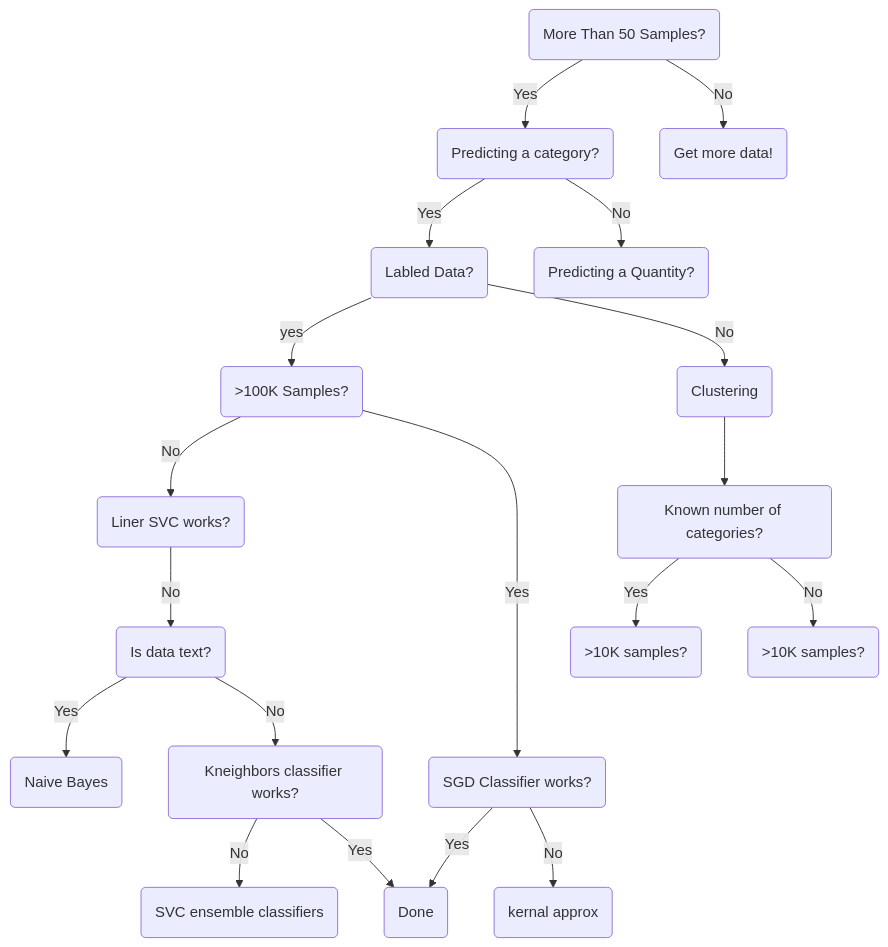
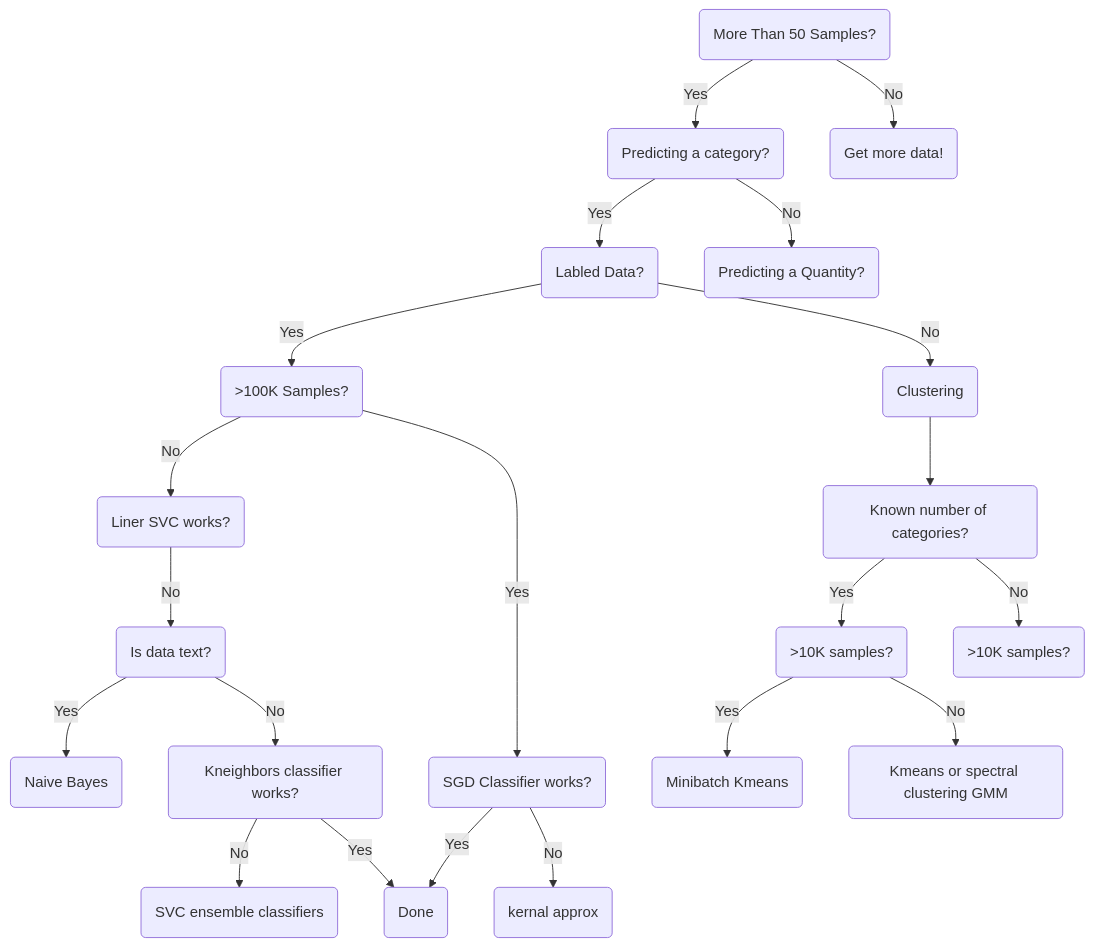
One commit to hwetsman/Public_Notes changed the diagram in ML_Cheatsheet.md. Above: the diagram before and after it, drawn with Mermaid.

````diff
--- a/ML_Cheatsheet.md
+++ b/ML_Cheatsheet.md
@@ -1,43 +1,47 @@
 ```mermaid
 flowchart TD
 id1(More Than 50 Samples?)
   id2(Predicting a category?)
     id1-->|Yes|id2
     id4(Labled Data?)
       id2-->|Yes|id4
       id6(>100K Samples?)
-        id4-->|yes|id6
+        id4-->|Yes|id6
         id14(Clustering)
         id15(Known number of categories?)
           id16(>10K samples?)
           id17(>10K samples?)
           id15-->|Yes|id16
           id15-->|No|id17
+            id18(Minibatch Kmeans)
+            id19(Kmeans or spectral clustering GMM)
+            id16-->|Yes|id18
+            id16-->|No|id19
         id14-->id15
         id4-->|No|id14
         id7(Liner SVC works?)
         id6-->|No|id7
         id8(SGD Classifier works?)
           id8-->|Yes|id99
           id13(kernal approx)
           id8-->|No|id13
         id6-->|Yes|id8
           id9(Is data text?)
           id7-->|No|id9
             id10(Naive Bayes)
             id9-->|Yes|id10
             id11(Kneighbors classifier works?)
             id9-->|No|id11
               id12(SVC ensemble classifiers)
               id11-->|No|id12
               id99(Done)
               id11-->|Yes|id99
     id5(Predicting a Quantity?)
       id2-->|No|id5
 
 
   id3(Get more data!)
     id1-->|No|id3
   
   
 ```
````
